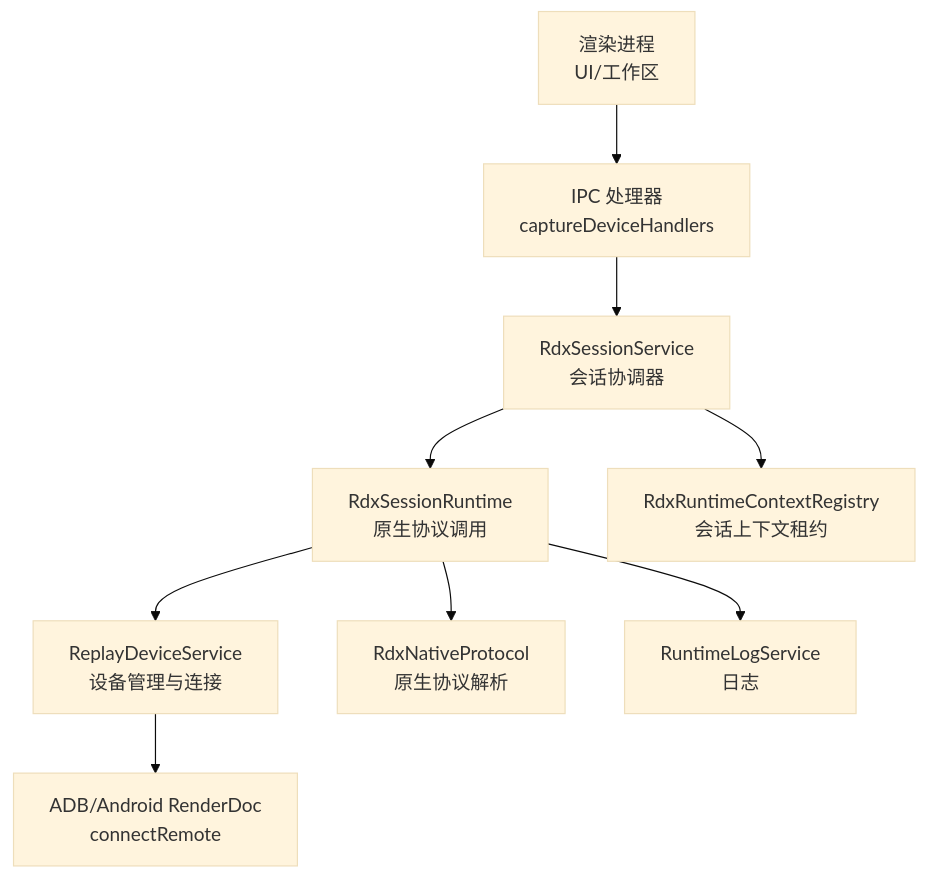
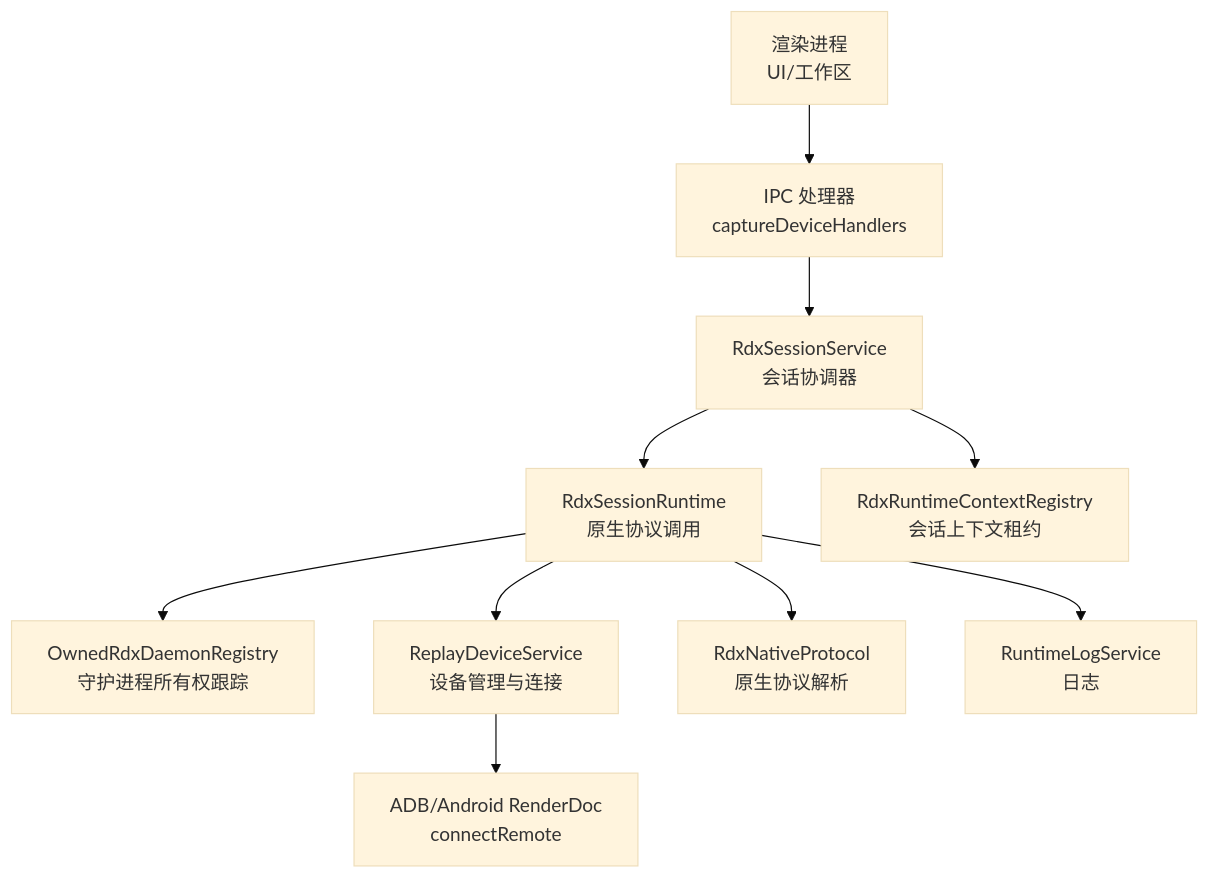
One commit to haolange/RDC-Agent changed the first of 7 diagrams in .qoder/repowiki/zh/content/核心模块/会话管理系统/会话生命周期管理.md. Above: the diagram before and after it, drawn with Mermaid (base theme). The commit also changed other lines of this file and 28 other files, not shown here.

````diff
--- a/.qoder/repowiki/zh/content/核心模块/会话管理系统/会话生命周期管理.md
+++ b/.qoder/repowiki/zh/content/核心模块/会话管理系统/会话生命周期管理.md
@@ -43,11 +46,12 @@
 ```mermaid
 graph TB
 UI["渲染进程<br/>UI/工作区"] --> IPC["IPC 处理器<br/>captureDeviceHandlers"]
 IPC --> Svc["RdxSessionService<br/>会话协调器"]
 Svc --> Runtime["RdxSessionRuntime<br/>原生协议调用"]
+Runtime --> DaemonReg["OwnedRdxDaemonRegistry<br/>守护进程所有权跟踪"]
 Runtime --> Dev["ReplayDeviceService<br/>设备管理与连接"]
 Runtime --> Native["RdxNativeProtocol<br/>原生协议解析"]
 Svc --> Ctx["RdxRuntimeContextRegistry<br/>会话上下文租约"]
 Dev --> ADB["ADB/Android RenderDoc<br/>connectRemote"]
 Runtime --> Log["RuntimeLogService<br/>日志"]
 ```
````
